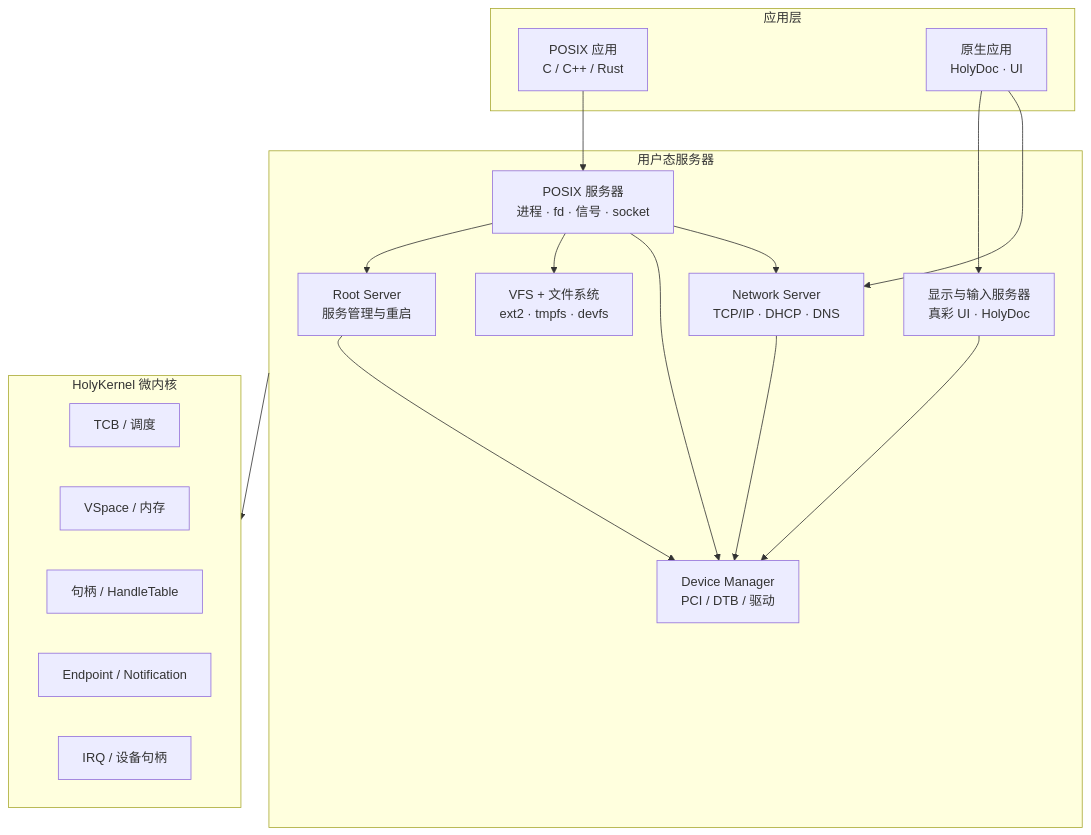
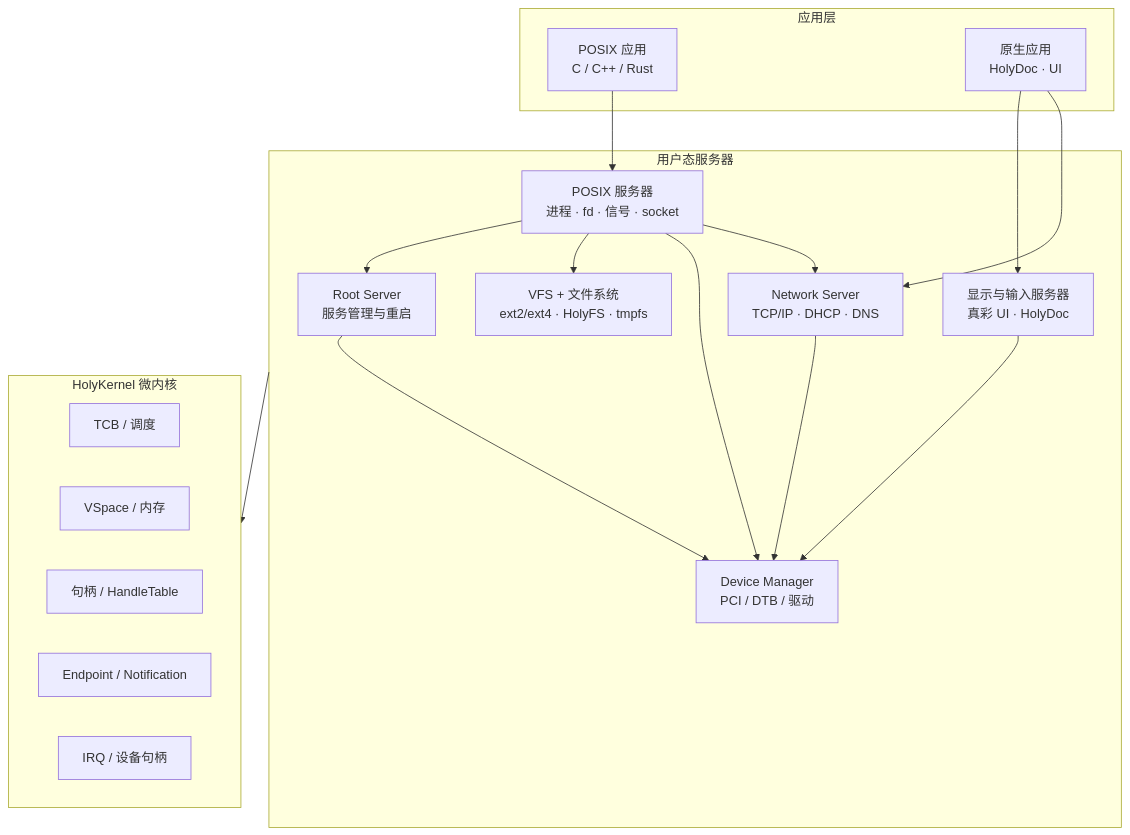
Before and after one commit to hongweifei/HolyKernel: the diagram in README.md, drawn with Mermaid. The commit also changed other lines of this file and 4 other files, not shown here.

````diff
--- a/README.md
+++ b/README.md
@@ -15,33 +15,33 @@
 ```mermaid
 flowchart TB
     subgraph Apps["应用层"]
         PosixApps["POSIX 应用<br/>C / C++ / Rust"]
         NativeApps["原生应用<br/>HolyDoc · UI"]
     end
     subgraph Servers["用户态服务器"]
         Root["Root Server<br/>服务管理与重启"]
         Device["Device Manager<br/>PCI / DTB / 驱动"]
-        FS["VFS + 文件系统<br/>ext2 · tmpfs · devfs"]
+        FS["VFS + 文件系统<br/>ext2/ext4 · HolyFS · tmpfs"]
         POSIX["POSIX 服务器<br/>进程 · fd · 信号 · socket"]
         Net["Network Server<br/>TCP/IP · DHCP · DNS"]
         Display["显示与输入服务器<br/>真彩 UI · HolyDoc"]
     end
     subgraph Kernel["HolyKernel 微内核"]
         TCB["TCB / 调度"]
         VSpace["VSpace / 内存"]
         Handle["句柄 / HandleTable"]
         IPC["Endpoint / Notification"]
         IRQ["IRQ / 设备句柄"]
     end
     PosixApps --> POSIX
     NativeApps --> Display
     POSIX --> Root
     POSIX --> FS
     POSIX --> Device
     POSIX --> Net
     NativeApps --> Net
     Net --> Device
     Display --> Device
     Root --> Device
     Servers --> Kernel
 ```
````
